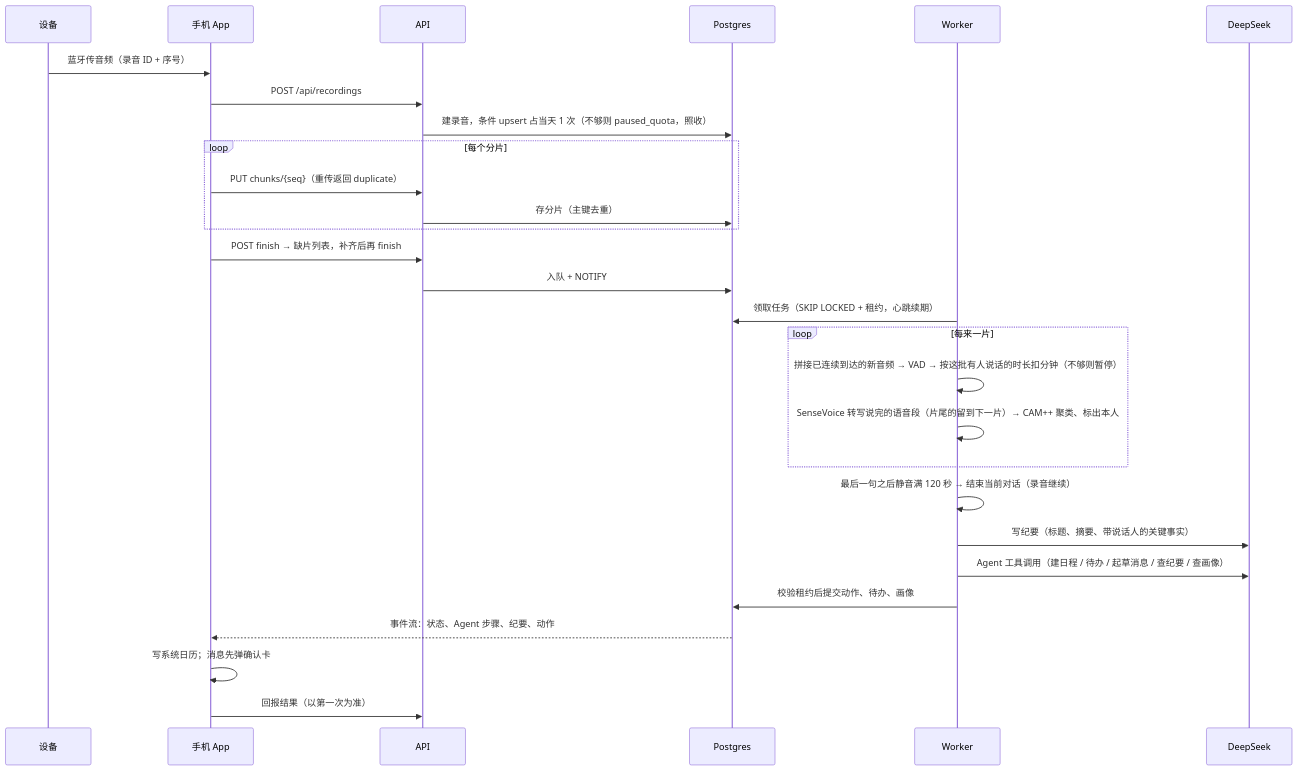
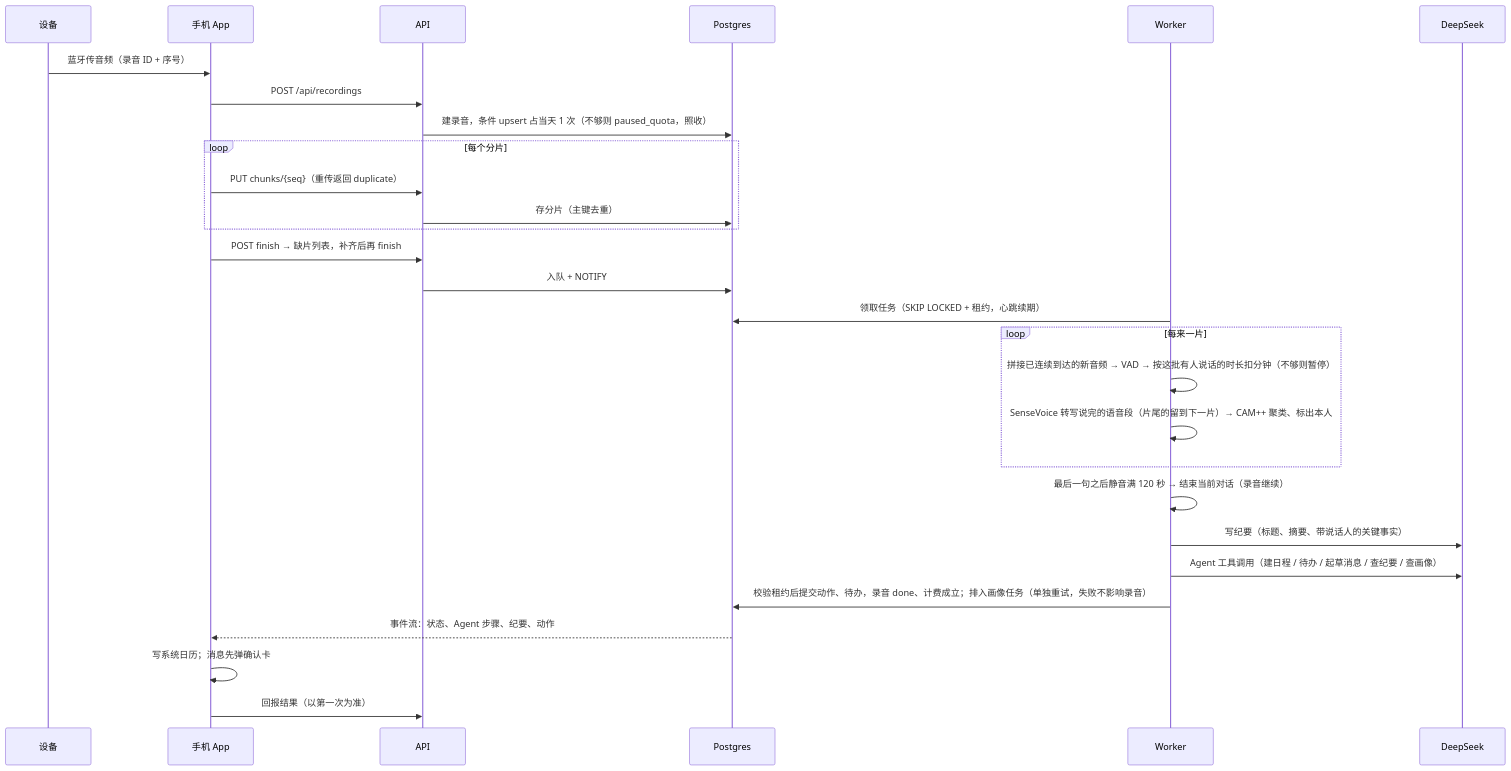
The second of 2 diagrams in README.md (ssynb/nota), drawn with Mermaid before and after one commit. The commit also changed other lines of this file and 4 other files, not shown here.

````diff
--- a/README.md
+++ b/README.md
@@ -76,30 +77,30 @@
 ```mermaid
 sequenceDiagram
   participant D as 设备
   participant P as 手机 App
   participant A as API
   participant DB as Postgres
   participant W as Worker
   participant L as DeepSeek
   D->>P: 蓝牙传音频（录音 ID + 序号）
   P->>A: POST /api/recordings
   A->>DB: 建录音，条件 upsert 占当天 1 次（不够则 paused_quota，照收）
   loop 每个分片
     P->>A: PUT chunks/{seq}（重传返回 duplicate）
     A->>DB: 存分片（主键去重）
   end
   P->>A: POST finish → 缺片列表，补齐后再 finish
   A->>DB: 入队 + NOTIFY
   W->>DB: 领取任务（SKIP LOCKED + 租约，心跳续期）
   loop 每来一片
     W->>W: 拼接已连续到达的新音频 → VAD → 按这批有人说话的时长扣分钟（不够则暂停）
     W->>W: SenseVoice 转写说完的语音段（片尾的留到下一片）→ CAM++ 聚类、标出本人
   end
   W->>W: 最后一句之后静音满 120 秒 → 结束当前对话（录音继续）
   W->>L: 写纪要（标题、摘要、带说话人的关键事实）
   W->>L: Agent 工具调用（建日程 / 待办 / 起草消息 / 查纪要 / 查画像）
-  W->>DB: 校验租约后提交动作、待办、画像
+  W->>DB: 校验租约后提交动作、待办，录音 done、计费成立；排入画像任务（单独重试，失败不影响录音）
   DB-->>P: 事件流：状态、Agent 步骤、纪要、动作
   P->>P: 写系统日历；消息先弹确认卡
   P->>A: 回报结果（以第一次为准）
 ```
````
